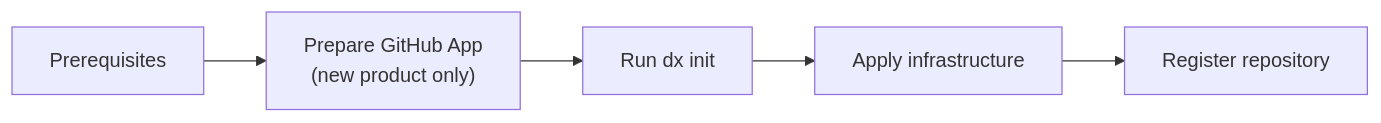
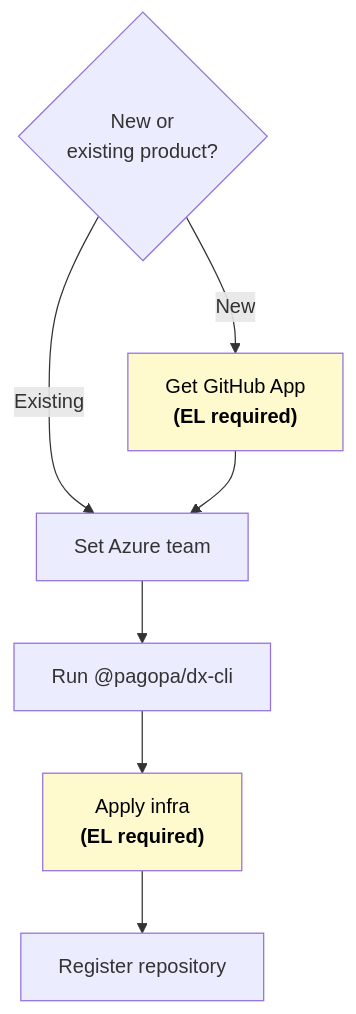
Before and after one commit to pagopa/dx: the diagram in apps/website/docs/monorepository-setup.mdx, drawn with Mermaid. The commit also changed other lines of this file, not shown here.

Commit message:
Update monorepository setup documentation for clarity and structure

````diff
--- a/apps/website/docs/monorepository-setup.mdx
+++ b/apps/website/docs/monorepository-setup.mdx
@@ -14,7 +26,13 @@
 ```mermaid
-flowchart LR
-    A[Prerequisites] --> B["Prepare GitHub App<br/>(new product only)"]
-    B --> C["Run dx init"]
-    C --> D[Apply infrastructure]
-    D --> E[Register repository]
+flowchart TD
+  A{New or<br> existing product?}
+  A -->|New| C["Get GitHub App<br/><b>(EL required)</b>"]
+  A -->|Existing| H[Set Azure team]
+
+  C --> H
+  H --> G[Run @pagopa/dx-cli]
+  G --> I["Apply infra<br/><b>(EL required)</b>"]
+  I --> L[Register repository]
+  style C fill:#fffacd,color:#000
+  style I fill:#fffacd,color:#000
 ```
````
